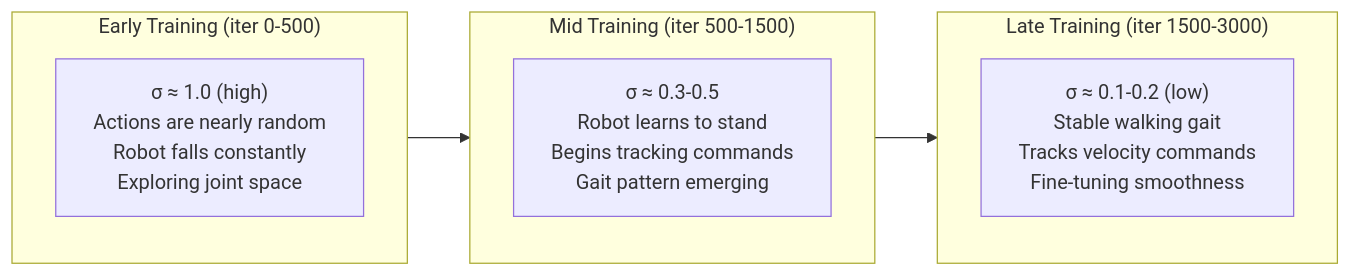
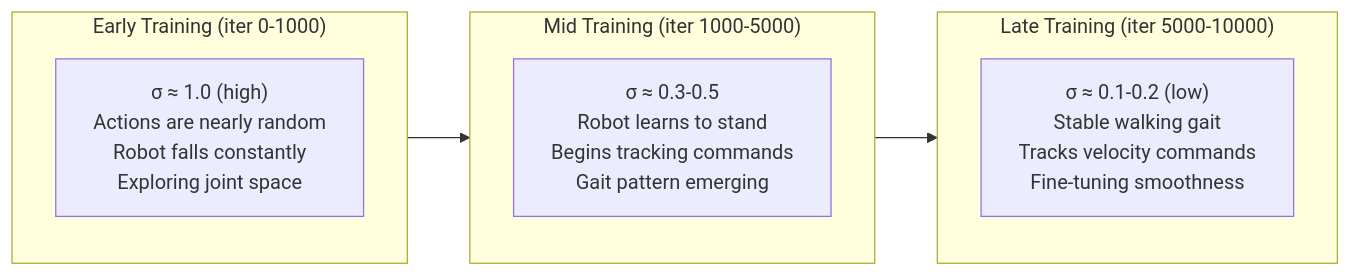
One commit to armmarov/armrobot changed the ninth of 9 diagrams in docs/PPO_NETWORK.md. Above: the diagram before and after it, drawn with Mermaid. The commit also changed other lines of this file and 8 other files, not shown here.

````diff
--- a/docs/PPO_NETWORK.md
+++ b/docs/PPO_NETWORK.md
@@ -223,13 +370,13 @@
 ```mermaid
 flowchart LR
-    subgraph EARLY["Early Training (iter 0-500)"]
+    subgraph EARLY["Early Training (iter 0-1000)"]
         E1["σ ≈ 1.0 (high)<br/>Actions are nearly random<br/>Robot falls constantly<br/>Exploring joint space"]
     end
-    subgraph MID["Mid Training (iter 500-1500)"]
+    subgraph MID["Mid Training (iter 1000-5000)"]
         E2["σ ≈ 0.3-0.5<br/>Robot learns to stand<br/>Begins tracking commands<br/>Gait pattern emerging"]
     end
-    subgraph LATE["Late Training (iter 1500-3000)"]
+    subgraph LATE["Late Training (iter 5000-10000)"]
         E3["σ ≈ 0.1-0.2 (low)<br/>Stable walking gait<br/>Tracks velocity commands<br/>Fine-tuning smoothness"]
     end
     EARLY --> MID --> LATE
 ```
````
